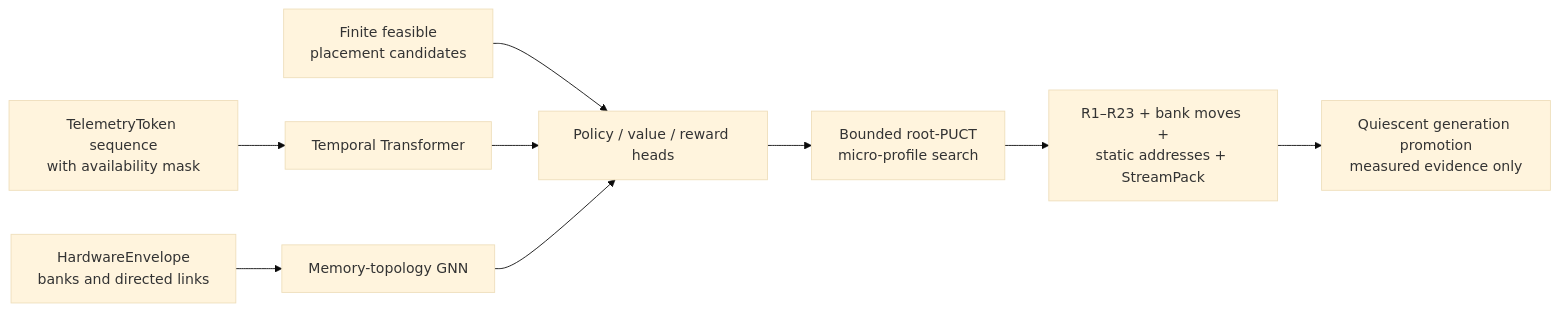
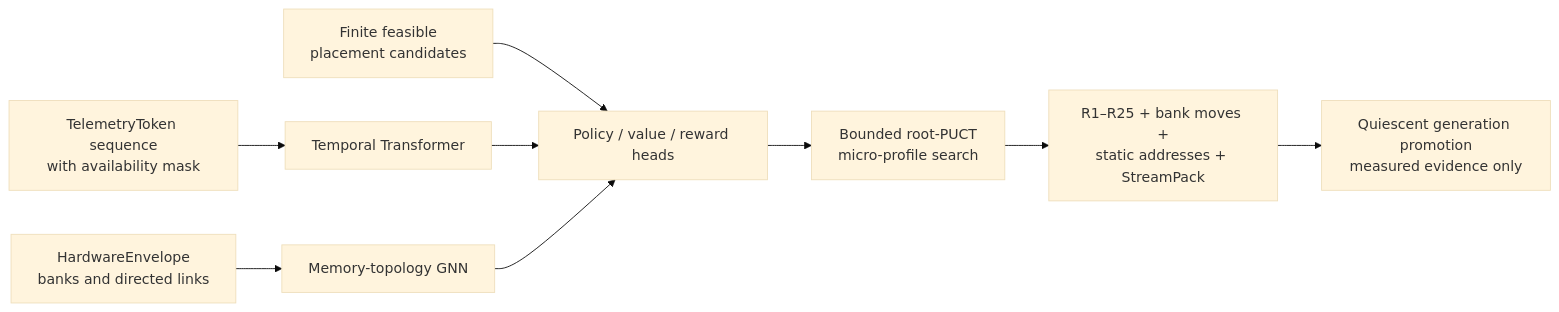
One commit to Mecca-Research/Binary-Correspondence-Intermediate-Representation changed the diagram in docs/machine-learning/BCIR_ML_AI_INTEGRATION_ROADMAP.md. Above: the diagram before and after it, drawn with Mermaid (base theme). The commit also changed other lines of this file and 40 other files, not shown here.

````diff
--- a/docs/machine-learning/BCIR_ML_AI_INTEGRATION_ROADMAP.md
+++ b/docs/machine-learning/BCIR_ML_AI_INTEGRATION_ROADMAP.md
@@ -272,11 +272,11 @@
 ```mermaid
 flowchart LR
     T["TelemetryToken sequence\nwith availability mask"] --> X["Temporal Transformer"]
     H["HardwareEnvelope\nbanks and directed links"] --> G["Memory-topology GNN"]
     C["Finite feasible\nplacement candidates"] --> P["Policy / value / reward heads"]
     X --> P
     G --> P
     P --> M["Bounded root-PUCT\nmicro-profile search"]
-    M --> V["R1–R23 + bank moves +\nstatic addresses + StreamPack"]
+    M --> V["R1–R25 + bank moves +\nstatic addresses + StreamPack"]
     V --> Q["Quiescent generation promotion\nmeasured evidence only"]
 ```
````
